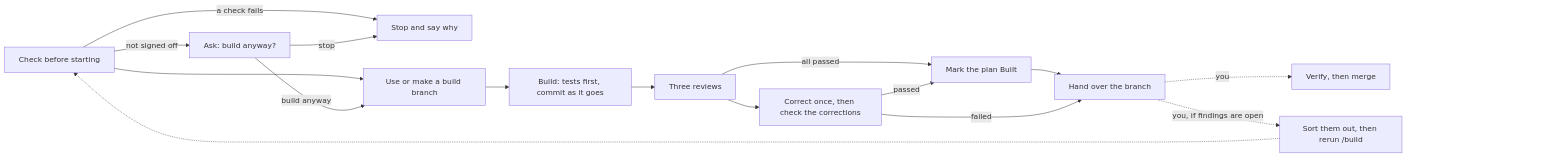
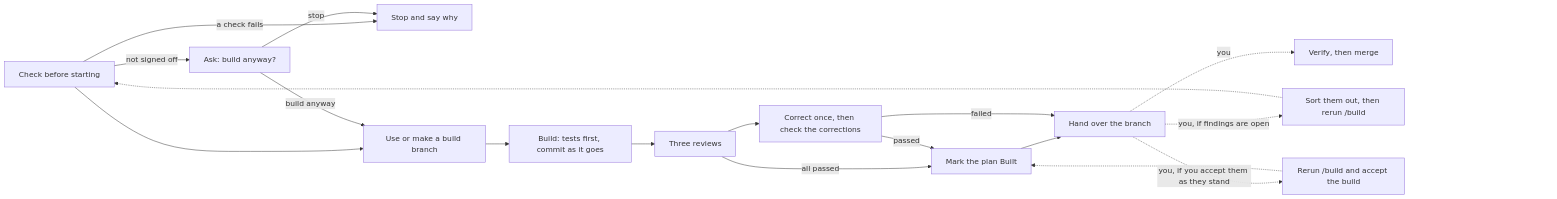
Before and after one commit to michaelmarconi/agentic-engineering: the diagram in docs/skills/build.md, drawn with Mermaid. The commit also changed other lines of this file and 8 other files, not shown here.

First line of the commit message:
Let the person accept a build as it stands after its correction check fails

````diff
--- a/docs/skills/build.md
+++ b/docs/skills/build.md
@@ -12,20 +12,22 @@
 ```mermaid
 flowchart LR
     Check[Check before starting] -->|a check fails| Stop[Stop and say why]
     Check --> Branch[Use or make a build branch]
     Check -->|not signed off| Ask[Ask: build anyway?]
     Ask -->|stop| Stop
     Ask -->|build anyway| Branch
     Branch --> Build[Build: tests first, commit as it goes]
     Build --> Review[Three reviews]
     Review --> Correct[Correct once, then check the corrections]
     Review -->|all passed| Built
     Correct -->|passed| Built[Mark the plan Built]
     Built --> Hand[Hand over the branch]
     Correct -->|failed| Hand
     Hand -.->|you| Verify[Verify, then merge]
     Hand -.->|you, if findings are open| Sort[Sort them out, then rerun /build]
     Sort -.-> Check
+    Hand -.->|you, if you accept them as they stand| Accept[Rerun /build and accept the build]
+    Accept -.-> Built
     Verify ~~~ Pad["#nbsp;#nbsp;#nbsp;#nbsp;#nbsp;#nbsp;#nbsp;#nbsp;#nbsp;#nbsp;#nbsp;#nbsp;#nbsp;#nbsp;#nbsp;#nbsp;#nbsp;#nbsp;#nbsp;#nbsp;#nbsp;#nbsp;#nbsp;#nbsp;#nbsp;#nbsp;#nbsp;#nbsp;#nbsp;#nbsp;#nbsp;#nbsp;#nbsp;#nbsp;#nbsp;#nbsp;#nbsp;#nbsp;#nbsp;#nbsp;"]
     style Pad fill:none,stroke:none
 ```
````
